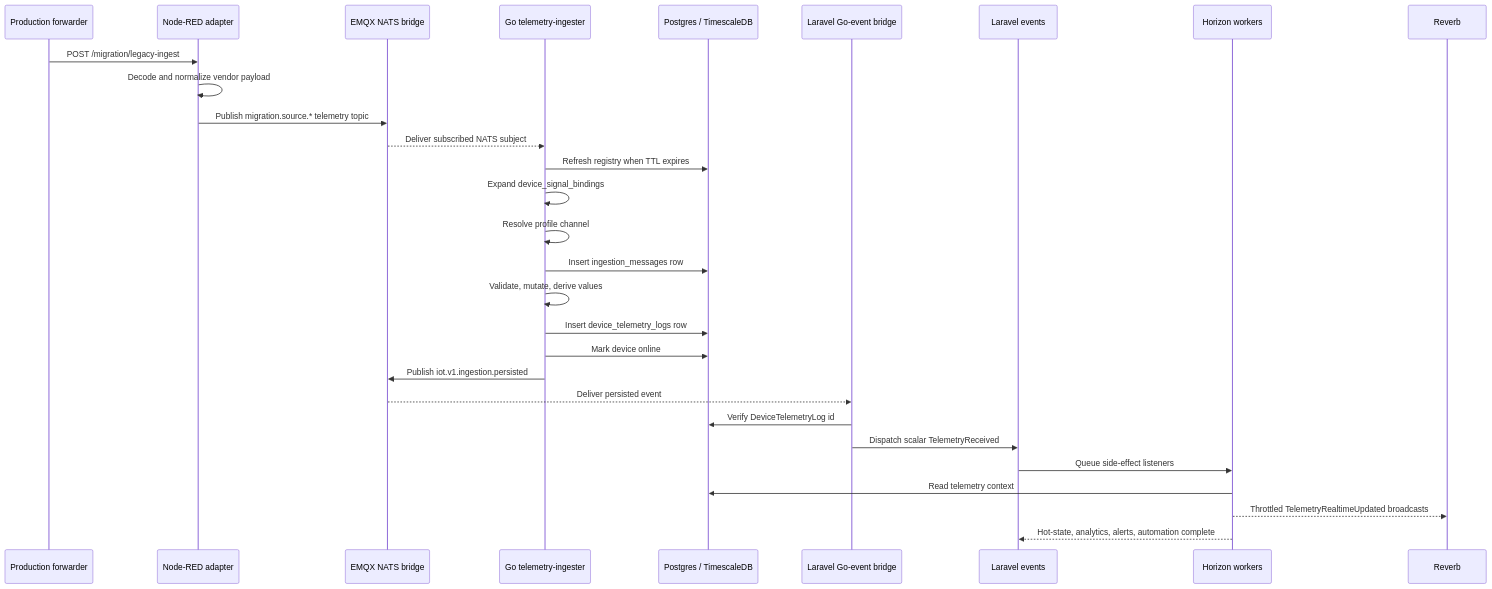
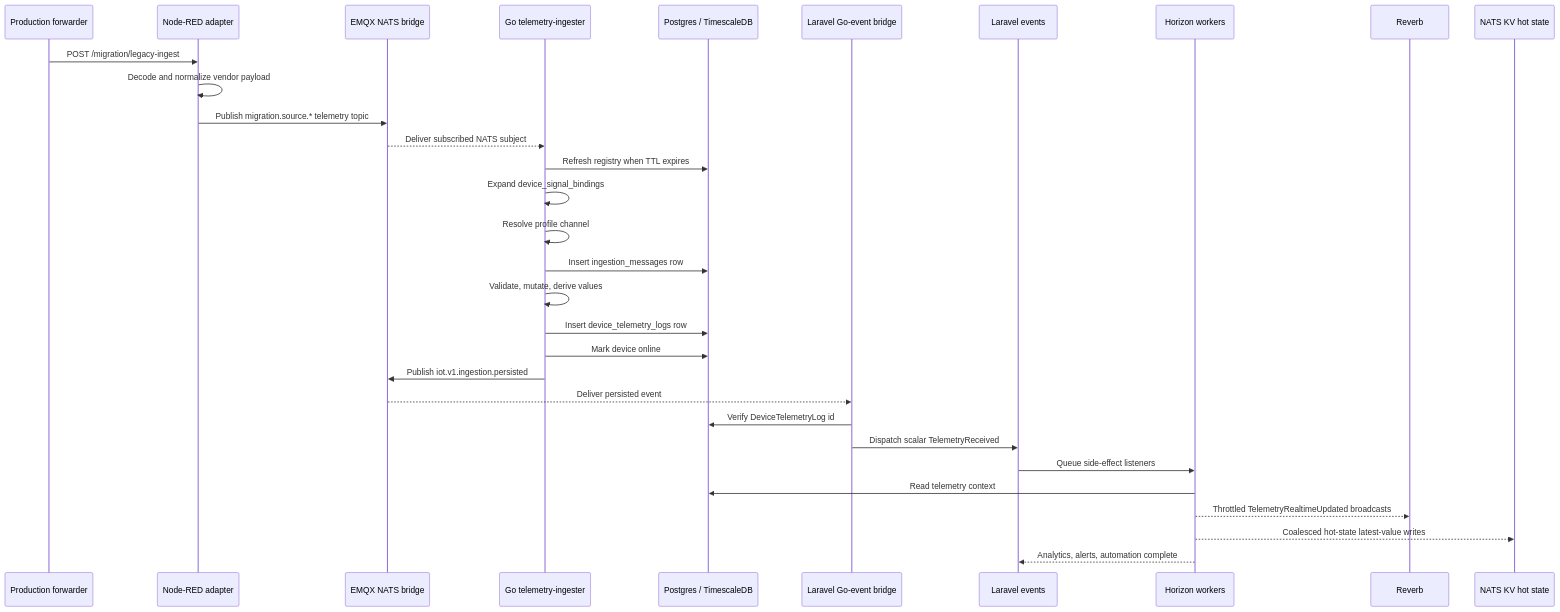
Before and after one commit to Althinect/iot-portal: the second of 6 diagrams in docs/data-ingestion/02-architecture.md, drawn with Mermaid. The commit also changed other lines of this file and 7 other files, not shown here.

Commit message:
Coalesce telemetry hot state writes

````diff
--- a/docs/data-ingestion/02-architecture.md
+++ b/docs/data-ingestion/02-architecture.md
@@ -59,33 +59,36 @@
 ```mermaid
 sequenceDiagram
     participant Prod as Production forwarder
     participant NodeRED as Node-RED adapter
     participant EMQX as EMQX NATS bridge
     participant Go as Go telemetry-ingester
     participant DB as Postgres / TimescaleDB
     participant Bridge as Laravel Go-event bridge
     participant Events as Laravel events
     participant Horizon as Horizon workers
+    participant Reverb as Reverb
+    participant NATS as NATS KV hot state
 
     Prod->>NodeRED: POST /migration/legacy-ingest
     NodeRED->>NodeRED: Decode and normalize vendor payload
     NodeRED->>EMQX: Publish migration.source.* telemetry topic
     EMQX-->>Go: Deliver subscribed NATS subject
 
     Go->>DB: Refresh registry when TTL expires
     Go->>Go: Expand device_signal_bindings
     Go->>Go: Resolve profile channel
     Go->>DB: Insert ingestion_messages row
     Go->>Go: Validate, mutate, derive values
     Go->>DB: Insert device_telemetry_logs row
     Go->>DB: Mark device online
     Go->>EMQX: Publish iot.v1.ingestion.persisted
 
  EMQX-->>Bridge: Deliver persisted event
  Bridge->>DB: Verify DeviceTelemetryLog id
  Bridge->>Events: Dispatch scalar TelemetryReceived
  Events->>Horizon: Queue side-effect listeners
  Horizon->>DB: Read telemetry context
- Horizon-->>Reverb: Throttled TelemetryRealtimeUpdated broadcasts
- Horizon-->>Events: Hot-state, analytics, alerts, automation complete
+    Horizon-->>Reverb: Throttled TelemetryRealtimeUpdated broadcasts
+    Horizon-->>NATS: Coalesced hot-state latest-value writes
+    Horizon-->>Events: Analytics, alerts, automation complete
 ```
````
